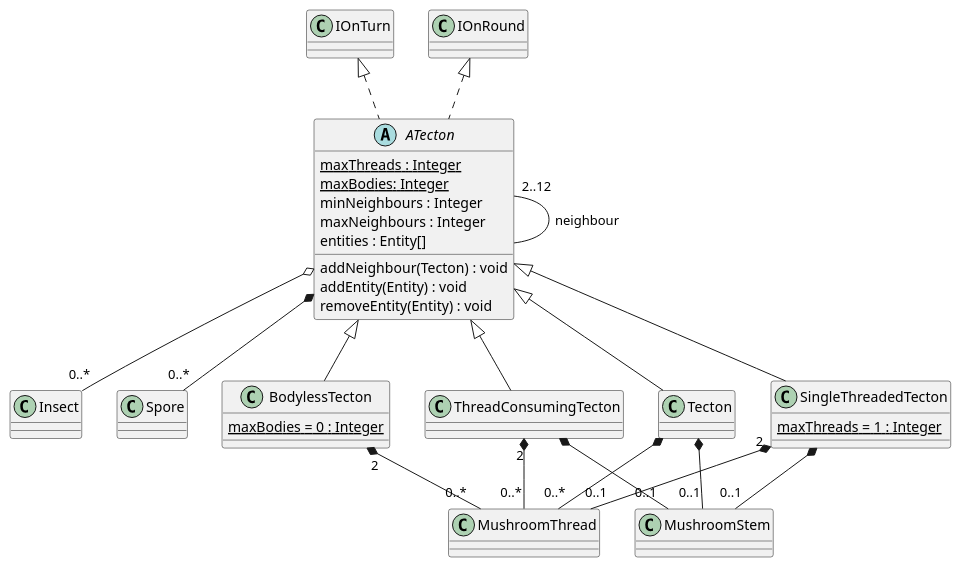
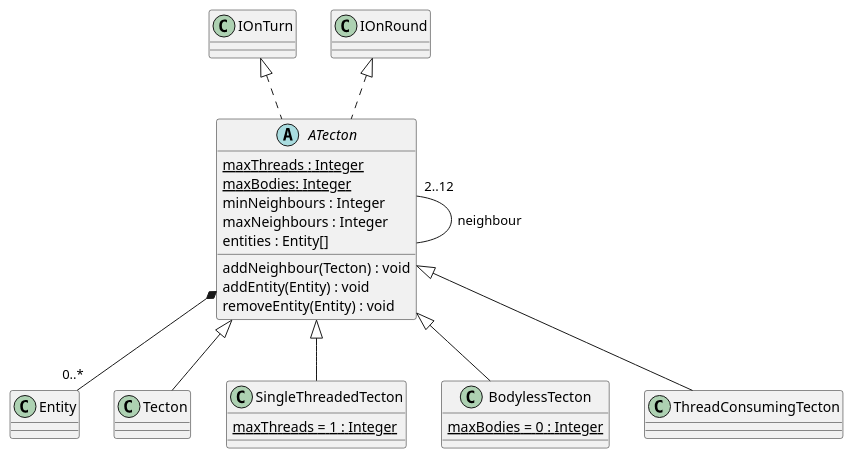
One commit to Petya-G/fungorium changed the diagram in 3/classes/tecton.puml. Above: the diagram before and after it, drawn with PlantUML.

Commit message:
# tecton now only aggregates Entity

```diff
--- a/3/classes/tecton.puml
+++ b/3/classes/tecton.puml
@@ -1,44 +1,46 @@
 @startuml tecton
   ATecton "2..12" -- ATecton : neighbour
-  ATecton o-- "0..*" Insect
-  ATecton *-- "0..*" Spore
+  'ATecton o-- "0..*" Insect
+  'ATecton *-- "0..*" Spore
   IOnTurn<|.. ATecton 
   IOnRound <|.. ATecton 
+  ATecton *-- "0..*" Entity
   abstract class ATecton {
     {static} maxThreads : Integer
     {static} maxBodies: Integer
     minNeighbours : Integer
     maxNeighbours : Integer
     entities : Entity[]
 
     addNeighbour(Tecton) : void
     addEntity(Entity) : void
     removeEntity(Entity) : void
   }
 
-  Tecton *-- "0..1" MushroomStem 
-  Tecton *-- "0..*" MushroomThread
+  'Tecton *-- "0..1" MushroomStem 
+  'Tecton *-- "0..*" MushroomThread
+  
   ATecton <|-- Tecton
   class Tecton {
   }
 
-  SingleThreadedTecton *-- "0..1" MushroomStem
-  SingleThreadedTecton "2" *-- "0..1" MushroomThread
+  'SingleThreadedTecton *-- "0..1" MushroomStem
+  'SingleThreadedTecton "2" *-- "0..1" MushroomThread
   ATecton <|-- SingleThreadedTecton
   class SingleThreadedTecton {
     {static} maxThreads = 1 : Integer
   }
 
 
-  BodylessTecton "2" *-- "0..*" MushroomThread
+  'BodylessTecton "2" *-- "0..*" MushroomThread
   ATecton <|-- BodylessTecton
   class BodylessTecton {
     {static} maxBodies = 0 : Integer
   }
 
-  ThreadConsumingTecton *-- "0..1" MushroomStem
-  ThreadConsumingTecton "2" *-- "0..*" MushroomThread
+  ' ThreadConsumingTecton *-- "0..1" MushroomStem
+  'ThreadConsumingTecton "2" *-- "0..*" MushroomThread
   ATecton <|-- ThreadConsumingTecton
   class ThreadConsumingTecton {
   }
 @enduml
```
